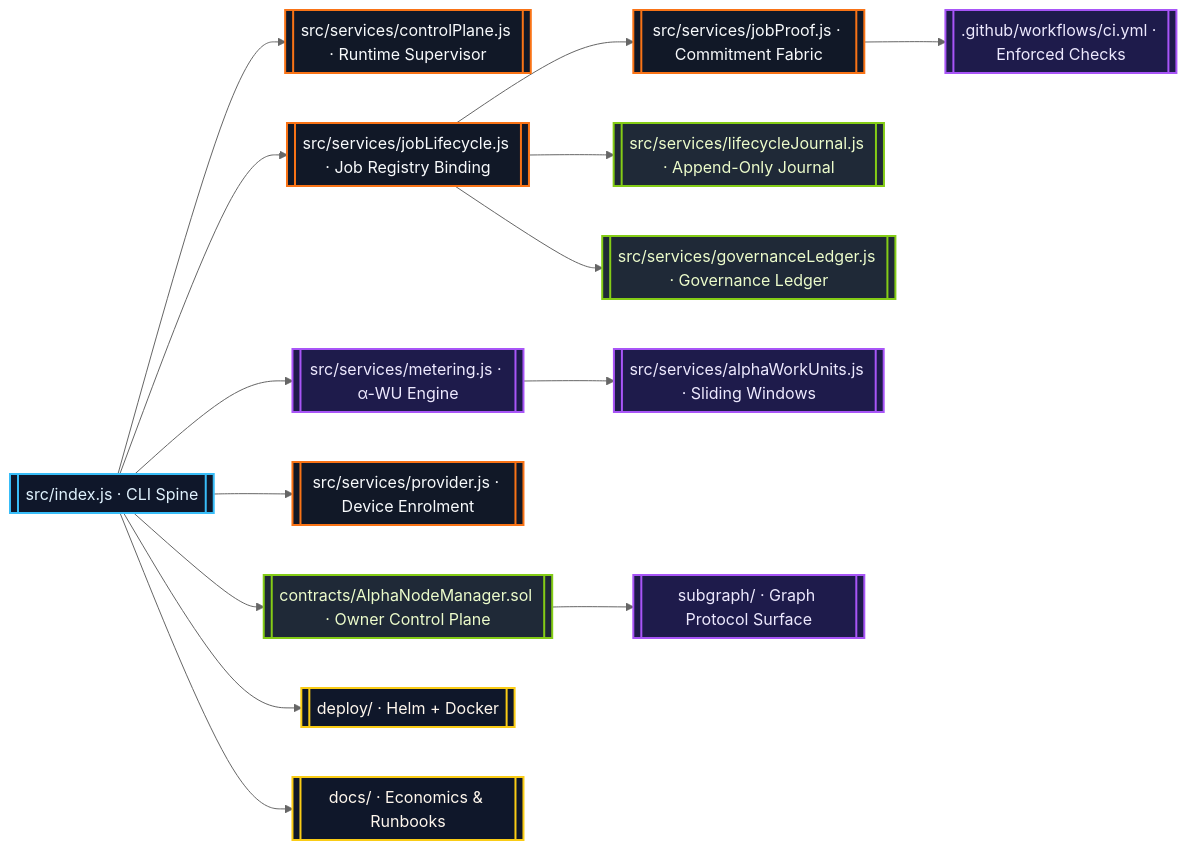
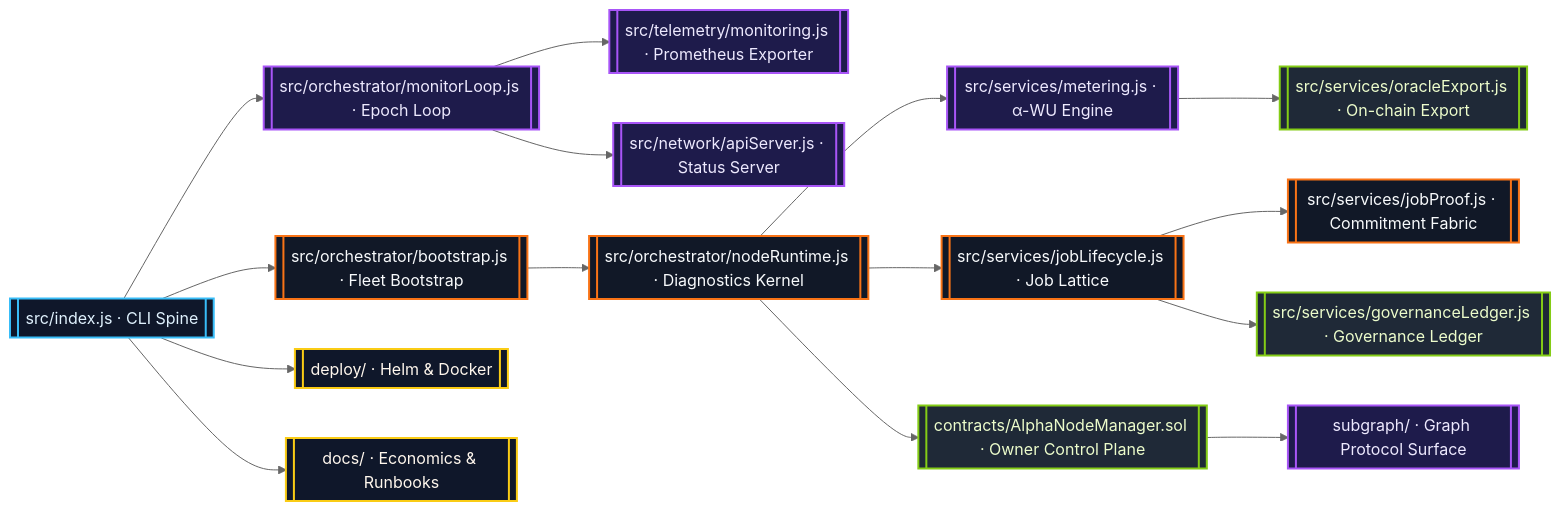
The first of 2 diagrams in README.md (MontrealAI/AGI-Alpha-Node-v0), drawn with Mermaid (neutral theme) before and after one commit. The commit also changed other lines of this file, not shown here.

Commit message:
docs: refresh README for telemetry and control surfaces

````diff
--- a/README.md
+++ b/README.md
@@ -78,22 +79,23 @@
 ```mermaid
 flowchart LR
   classDef runtime fill:#0f172a,stroke:#38bdf8,stroke-width:2px,color:#e0f2fe;
   classDef service fill:#111827,stroke:#f97316,stroke-width:2px,color:#f8fafc;
   classDef ledger fill:#1f2937,stroke:#84cc16,stroke-width:2px,color:#ecfccb;
   classDef telemetry fill:#1e1b4b,stroke:#a855f7,stroke-width:2px,color:#ede9fe;
   classDef ops fill:#0f172a,stroke:#facc15,stroke-width:2px,color:#fff7ed;
 
-  Runtime[[src/index.js · CLI Spine]]:::runtime --> ControlPlane[[src/services/controlPlane.js · Runtime Supervisor]]:::service
-  Runtime --> Lifecycle[[src/services/jobLifecycle.js · Job Registry Binding]]:::service
+  CLI[[src/index.js · CLI Spine]]:::runtime --> Bootstrap[[src/orchestrator/bootstrap.js · Fleet Bootstrap]]:::service
+  CLI --> Monitor[[src/orchestrator/monitorLoop.js · Epoch Loop]]:::telemetry
+  Monitor --> Telemetry[[src/telemetry/monitoring.js · Prometheus Exporter]]:::telemetry
+  Monitor --> StatusAPI[[src/network/apiServer.js · Status Server]]:::telemetry
+  Bootstrap --> Runtime[[src/orchestrator/nodeRuntime.js · Diagnostics Kernel]]:::service
   Runtime --> Metering[[src/services/metering.js · α-WU Engine]]:::telemetry
-  Runtime --> Provider[[src/services/provider.js · Device Enrolment]]:::service
+  Runtime --> Lifecycle[[src/services/jobLifecycle.js · Job Lattice]]:::service
   Lifecycle --> Proofs[[src/services/jobProof.js · Commitment Fabric]]:::service
-  Lifecycle --> Journal[[src/services/lifecycleJournal.js · Append-Only Journal]]:::ledger
-  Lifecycle --> GovLedger[[src/services/governanceLedger.js · Governance Ledger]]:::ledger
-  Metering --> AlphaRegistry[[src/services/alphaWorkUnits.js · Sliding Windows]]:::telemetry
+  Lifecycle --> Ledger[[src/services/governanceLedger.js · Governance Ledger]]:::ledger
+  Metering --> Oracle[[src/services/oracleExport.js · On-chain Export]]:::ledger
   Runtime --> Contracts[[contracts/AlphaNodeManager.sol · Owner Control Plane]]:::ledger
   Contracts --> Subgraph[[subgraph/ · Graph Protocol Surface]]:::telemetry
-  Runtime --> Deploy[[deploy/ · Helm + Docker]]:::ops
-  Runtime --> Docs[[docs/ · Economics & Runbooks]]:::ops
-  Proofs --> CI[[.github/workflows/ci.yml · Enforced Checks]]:::telemetry
+  CLI --> Deploy[[deploy/ · Helm & Docker]]:::ops
+  CLI --> Docs[[docs/ · Economics & Runbooks]]:::ops
 ```
````
